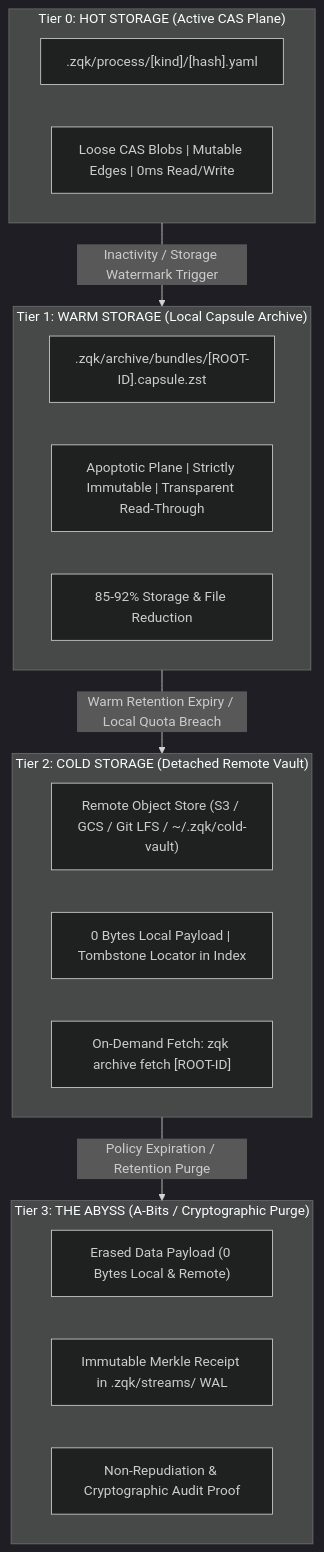
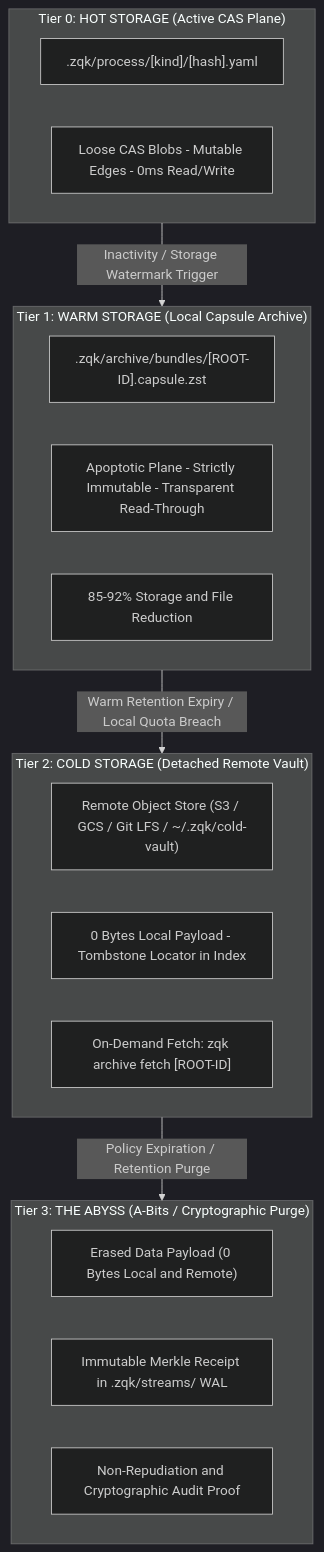
Before and after one commit to zqk-os/zqk: the first of 3 diagrams in docs/architecture/TIERED_STORAGE_AND_ARCHIVAL_LIFECYCLE.md, drawn with Mermaid (dark theme). The commit also changed other lines of this file and 11 other files, not shown here.

Commit message:
fix(docs, packaging): fix Architecture Overview A/B diagram, standardize Mermaid rendering, and fix cross-platform packaging

````diff
--- a/docs/architecture/TIERED_STORAGE_AND_ARCHIVAL_LIFECYCLE.md
+++ b/docs/architecture/TIERED_STORAGE_AND_ARCHIVAL_LIFECYCLE.md
@@ -25,29 +25,29 @@
 ```mermaid
 flowchart TD
-    subgraph Tier0 ["Tier 0: HOT STORAGE (Active CAS Plane)"]
+    subgraph Tier0["Tier 0: HOT STORAGE (Active CAS Plane)"]
         H1[".zqk/process/[kind]/[hash].yaml"]
-        H2["Loose CAS Blobs | Mutable Edges | 0ms Read/Write"]
+        H2["Loose CAS Blobs - Mutable Edges - 0ms Read/Write"]
     end
 
-    subgraph Tier1 ["Tier 1: WARM STORAGE (Local Capsule Archive)"]
+    subgraph Tier1["Tier 1: WARM STORAGE (Local Capsule Archive)"]
         W1[".zqk/archive/bundles/[ROOT-ID].capsule.zst"]
-        W2["Apoptotic Plane | Strictly Immutable | Transparent Read-Through"]
-        W3["85-92% Storage & File Reduction"]
+        W2["Apoptotic Plane - Strictly Immutable - Transparent Read-Through"]
+        W3["85-92% Storage and File Reduction"]
     end
 
-    subgraph Tier2 ["Tier 2: COLD STORAGE (Detached Remote Vault)"]
+    subgraph Tier2["Tier 2: COLD STORAGE (Detached Remote Vault)"]
         C1["Remote Object Store (S3 / GCS / Git LFS / ~/.zqk/cold-vault)"]
-        C2["0 Bytes Local Payload | Tombstone Locator in Index"]
+        C2["0 Bytes Local Payload - Tombstone Locator in Index"]
         C3["On-Demand Fetch: zqk archive fetch [ROOT-ID]"]
     end
 
-    subgraph Tier3 ["Tier 3: THE ABYSS (A-Bits / Cryptographic Purge)"]
-        A1["Erased Data Payload (0 Bytes Local & Remote)"]
+    subgraph Tier3["Tier 3: THE ABYSS (A-Bits / Cryptographic Purge)"]
+        A1["Erased Data Payload (0 Bytes Local and Remote)"]
         A2["Immutable Merkle Receipt in .zqk/streams/ WAL"]
-        A3["Non-Repudiation & Cryptographic Audit Proof"]
+        A3["Non-Repudiation and Cryptographic Audit Proof"]
     end
 
-    Tier0 -->|"Inactivity / Storage Watermark Trigger"| Tier1
-    Tier1 -->|"Warm Retention Expiry / Local Quota Breach"| Tier2
-    Tier2 -->|"Policy Expiration / Retention Purge"| Tier3
+    Tier0 -->|Inactivity / Storage Watermark Trigger| Tier1
+    Tier1 -->|Warm Retention Expiry / Local Quota Breach| Tier2
+    Tier2 -->|Policy Expiration / Retention Purge| Tier3
 ```
````
